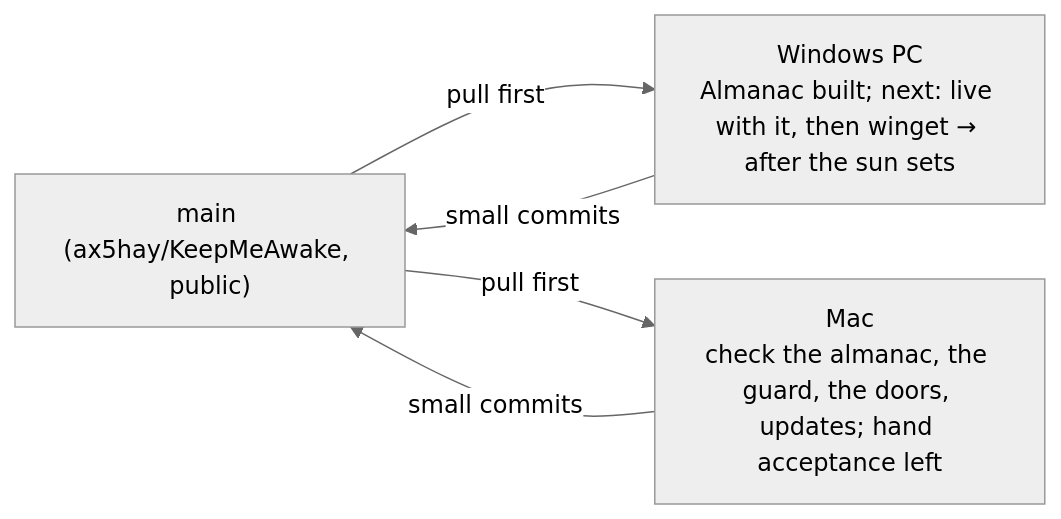
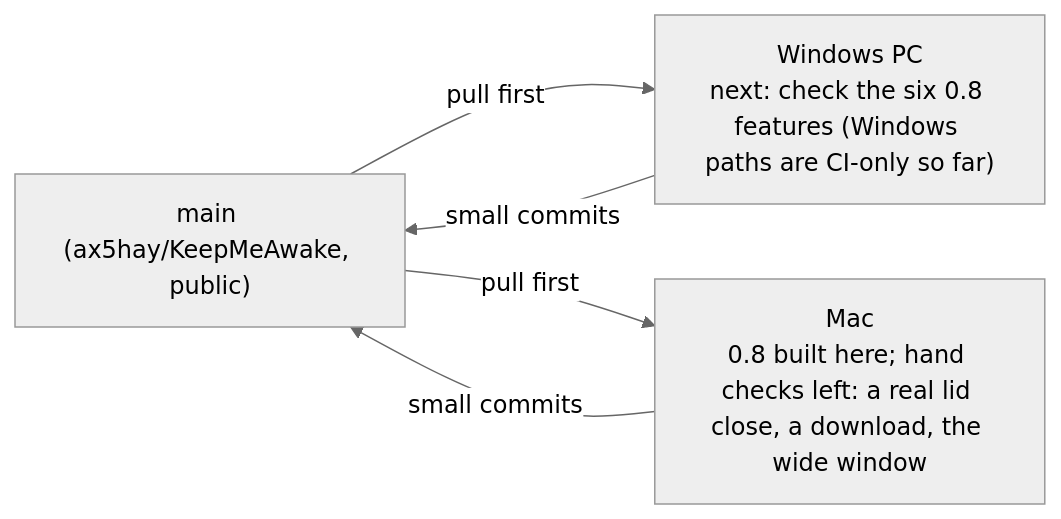
One commit to ax5hay/KeepMeAwake changed the diagram in docs/HANDOFF.md. Above: the diagram before and after it, drawn with Mermaid (neutral theme). The commit also changed other lines of this file and 9 other files, not shown here.

First line of the commit message:
docs: the 0.8 features in the guide, architecture, budget and README

````diff
--- a/docs/HANDOFF.md
+++ b/docs/HANDOFF.md
@@ -21,10 +21,10 @@
 ```mermaid
 flowchart LR
     main["main (ax5hay/KeepMeAwake, public)"]
-    win["Windows PC<br/>Almanac built; next: live with it, then winget → after the sun sets"]
-    mac["Mac<br/>check the almanac, the guard, the doors, updates; hand acceptance left"]
+    win["Windows PC<br/>next: check the six 0.8 features (Windows paths are CI-only so far)"]
+    mac["Mac<br/>0.8 built here; hand checks left: a real lid close, a download, the wide window"]
     win -->|small commits| main
     mac -->|small commits| main
     main -->|pull first| win
     main -->|pull first| mac
 ```
````
